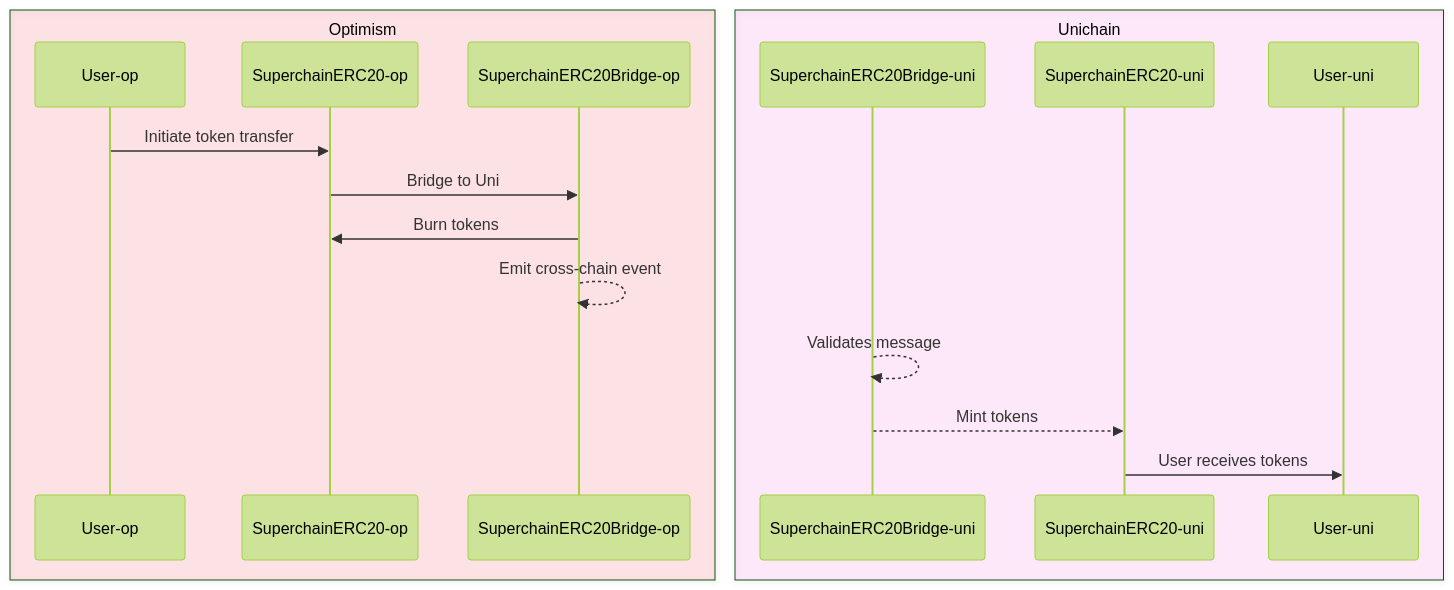
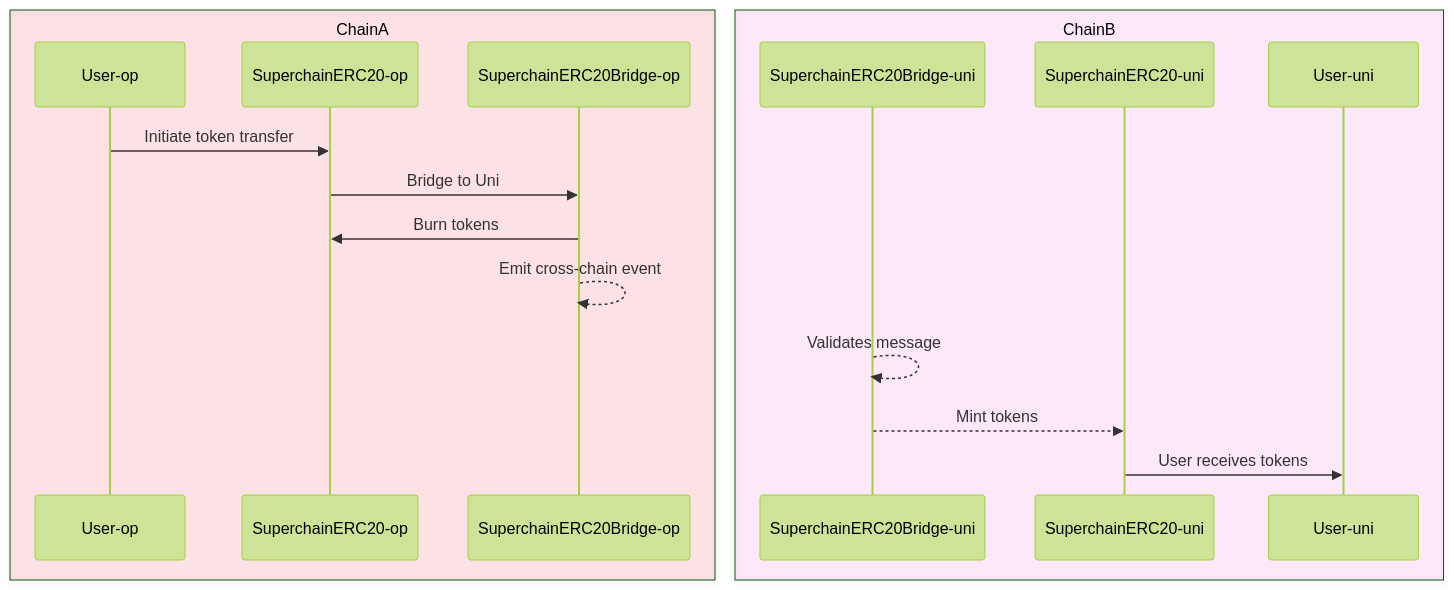
The diagram in pages/stack/protocol/interop/superchain-erc20.mdx (ethereum-optimism/docs), drawn with Mermaid (forest theme) before and after one commit.

Commit message:
generalize chain names, per pierce

````diff
--- a/pages/stack/protocol/interop/superchain-erc20.mdx
+++ b/pages/stack/protocol/interop/superchain-erc20.mdx
@@ -31,22 +31,22 @@
 ```mermaid
 sequenceDiagram
-		box rgba(255, 4, 32, 0.1) Optimism
+		box rgba(255, 4, 32, 0.1) ChainA
 		  participant User-op
 		  participant SuperchainERC20-op
 	    participant SuperchainERC20Bridge-op
 		end
-		box rgba(248, 61, 213, 0.1) Unichain
+		box rgba(248, 61, 213, 0.1) ChainB
 			participant SuperchainERC20Bridge-uni
 	    participant SuperchainERC20-uni
 	    participant User-uni
 		end
   
     
     User-op->>SuperchainERC20-op: Initiate token transfer
     SuperchainERC20-op->>SuperchainERC20Bridge-op: Bridge to Uni
     SuperchainERC20Bridge-op->>SuperchainERC20-op: Burn tokens
     SuperchainERC20Bridge-op-->>SuperchainERC20Bridge-op: Emit cross-chain event
     SuperchainERC20Bridge-uni-->>SuperchainERC20Bridge-uni: Validates message
     SuperchainERC20Bridge-uni-->>SuperchainERC20-uni: Mint tokens
     SuperchainERC20-uni->>User-uni: User receives tokens
 ```
````
